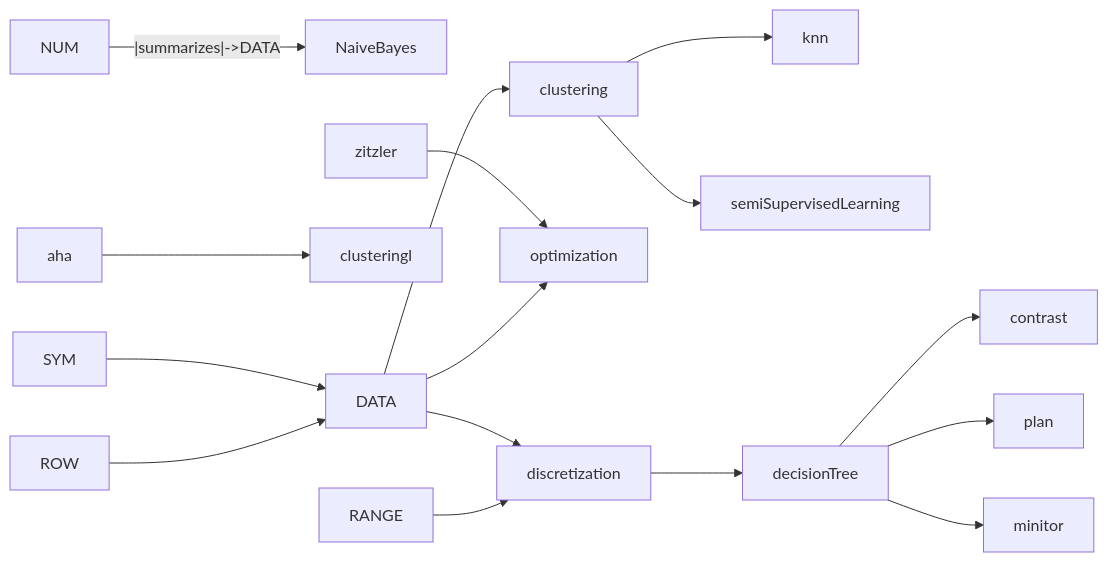
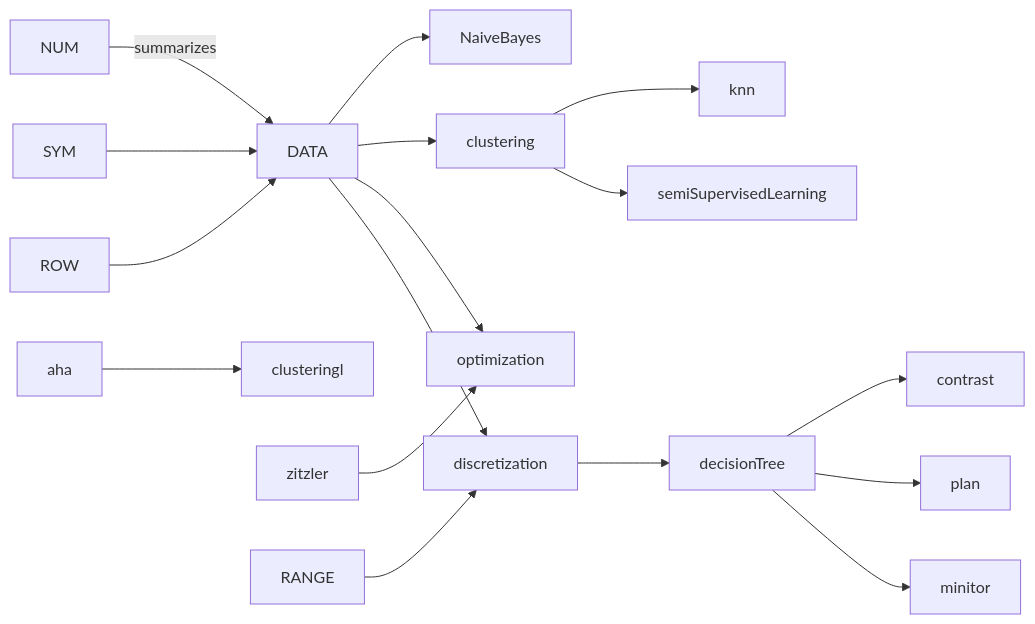
The diagram in README.md (timm/tested), drawn with Mermaid before and after one commit.

````diff
--- a/README.md
+++ b/README.md
@@ -24,17 +24,17 @@
 ```mermaid
 graph LR;
-    NUM--|summarizes|->DATA-->NaiveBayes;
+    NUM-- summarizes -->DATA-->NaiveBayes;
    SYM -->DATA;
     ROW-->DATA;
     DATA-->clustering;
     aha-->clusteringl
     clustering-->knn;
     clustering-->semiSupervisedLearning;
     zitzler-->optimization;
     DATA-->optimization;
     DATA-->discretization 
     RANGE-->discretization -->decisionTree
     decisionTree-->contrast;
     decisionTree-->plan;
     decisionTree-->minitor;
 ```
````
